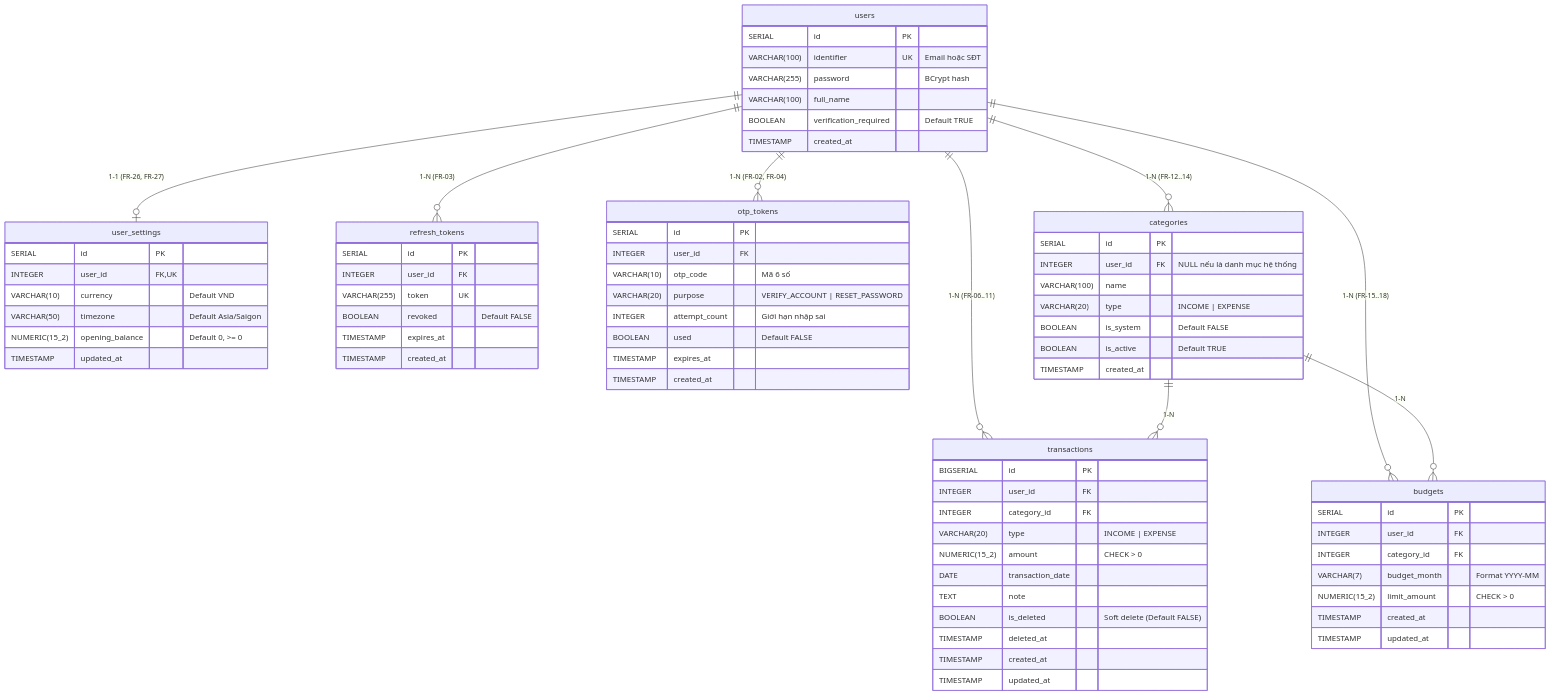
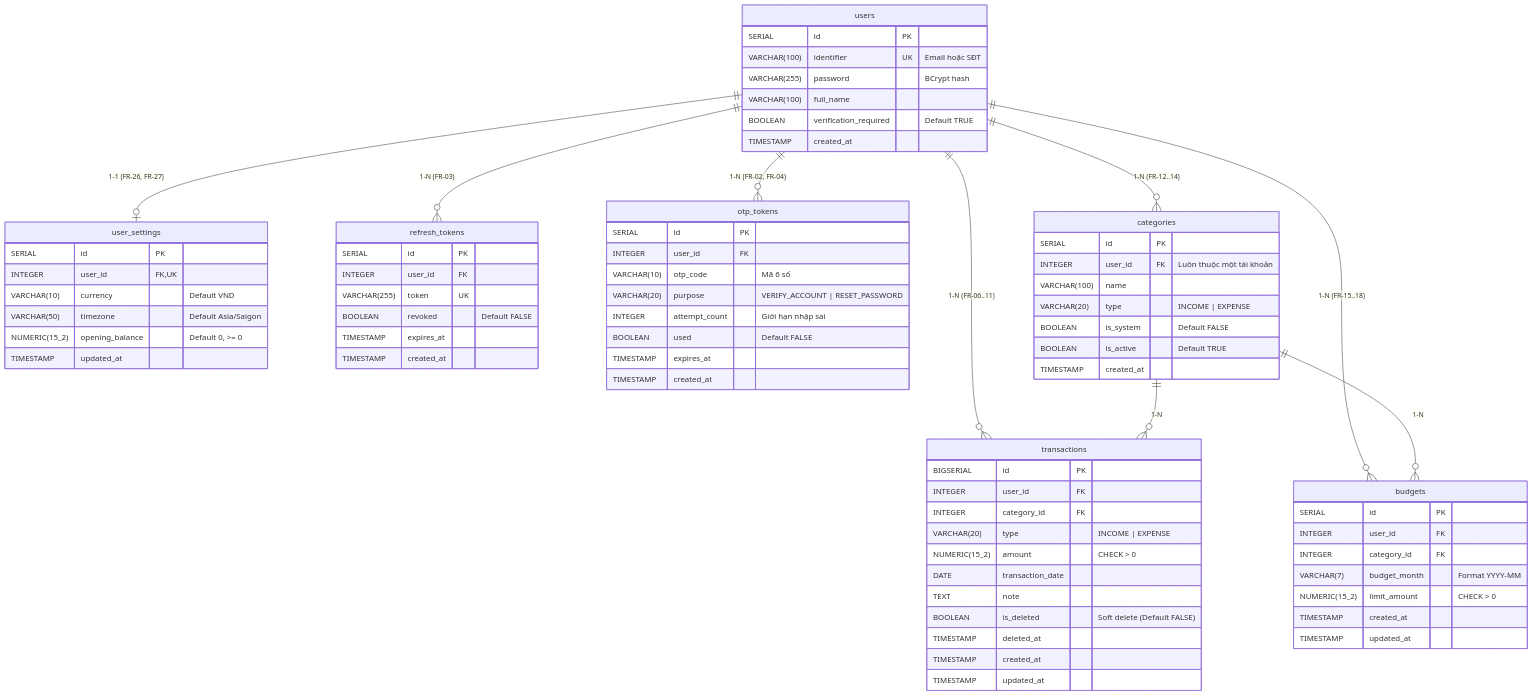
The diagram in docs/database-schema.md (lthnoname/Financial-Management), drawn with Mermaid before and after one commit. The commit also changed other lines of this file and 13 other files, not shown here.

```diff
--- a/docs/database-schema.md
+++ b/docs/database-schema.md
@@ -66,7 +66,7 @@
 
     categories {
         SERIAL id PK
-        INTEGER user_id FK "NULL nếu là danh mục hệ thống"
+        INTEGER user_id FK "Luôn thuộc một tài khoản"
         VARCHAR(100) name
         VARCHAR(20) type "INCOME | EXPENSE"
         BOOLEAN is_system "Default FALSE"
```
